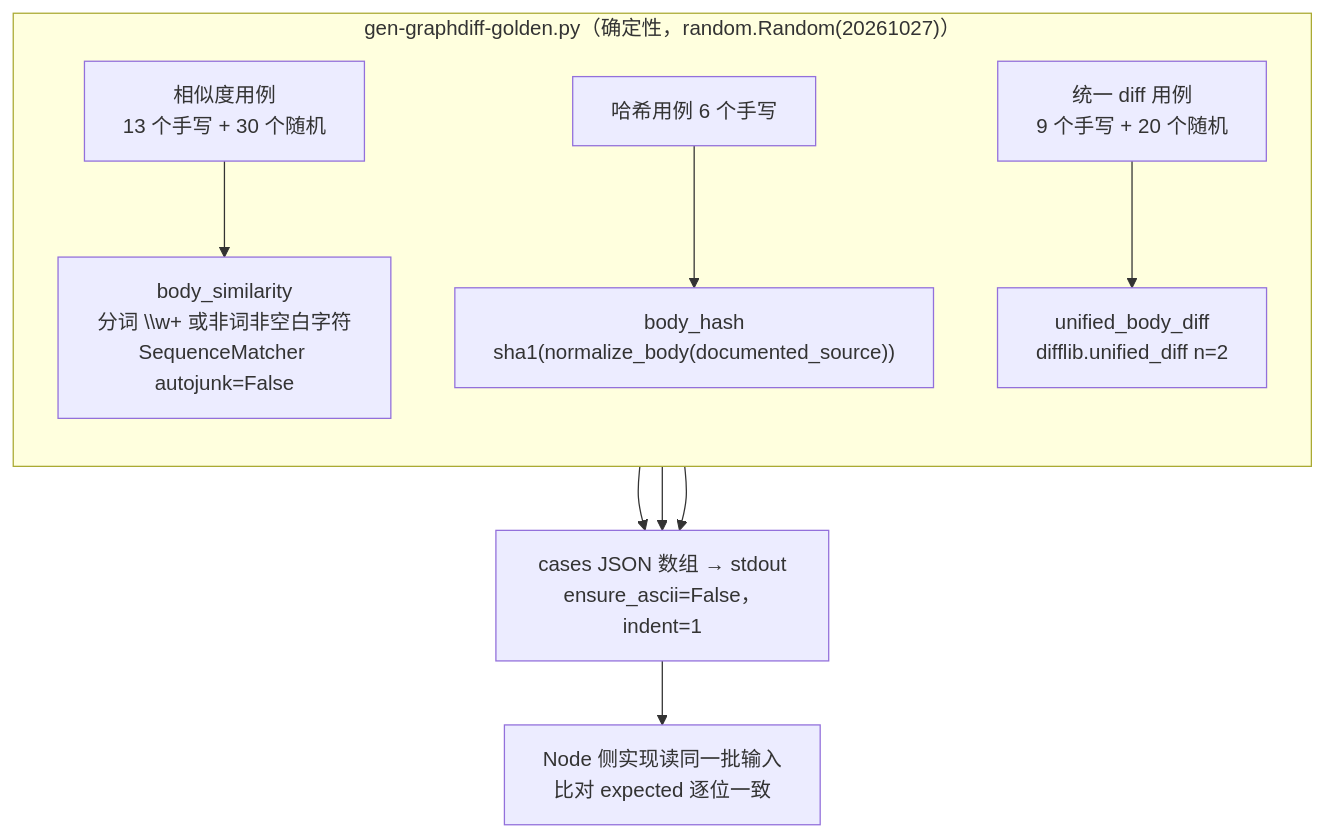
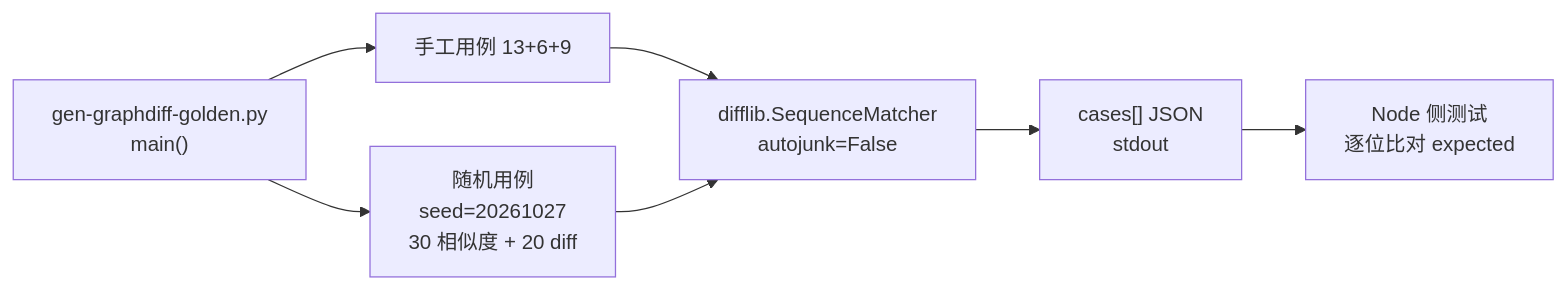
Before and after one commit to ikliml666/dsh-codewiki: the first of 4 diagrams in .codewiki/_native-state/docs/test_fixtures_and_probes.md, drawn with Mermaid. The commit also changed other lines of this file and 88 other files, not shown here.

````diff
--- a/.codewiki/_native-state/docs/test_fixtures_and_probes.md
+++ b/.codewiki/_native-state/docs/test_fixtures_and_probes.md
@@ -50,19 +62,9 @@
 ```mermaid
-flowchart TD
-  subgraph G["gen-graphdiff-golden.py（确定性，random.Random(20261027)）"]
-    direction TB
-    S1["相似度用例<br/>13 个手写 + 30 个随机"]
-    S2["哈希用例 6 个手写"]
-    S3["统一 diff 用例<br/>9 个手写 + 20 个随机"]
-    F1["body_similarity<br/>分词 \\w+ 或非词非空白字符<br/>SequenceMatcher autojunk=False"]
-    F2["body_hash<br/>sha1(normalize_body(documented_source))"]
-    F3["unified_body_diff<br/>difflib.unified_diff n=2"]
-  end
-  S1 --> F1
-  S2 --> F2
-  S3 --> F3
-  F1 --> OUT["cases JSON 数组 → stdout<br/>ensure_ascii=False，indent=1"]
-  F2 --> OUT
-  F3 --> OUT
-  OUT --> VS["Node 侧实现读同一批输入<br/>比对 expected 逐位一致"]
+flowchart LR
+    A["gen-graphdiff-golden.py<br/>main()"] --> B["手工用例 13+6+9"]
+    A --> C["随机用例<br/>seed=20261027<br/>30 相似度 + 20 diff"]
+    B --> D["difflib.SequenceMatcher<br/>autojunk=False"]
+    C --> D
+    D --> E["cases[] JSON<br/>stdout"]
+    E --> F["Node 侧测试<br/>逐位比对 expected"]
 ```
````
